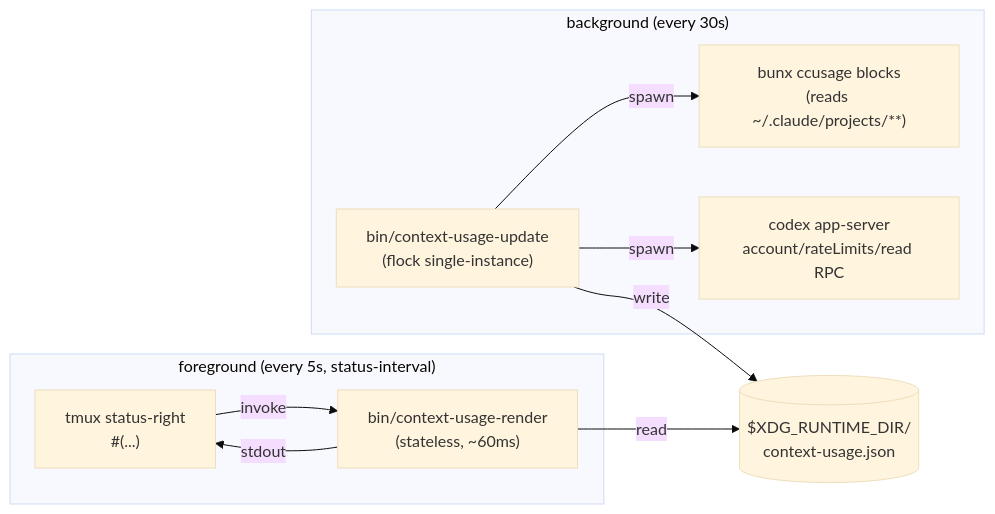
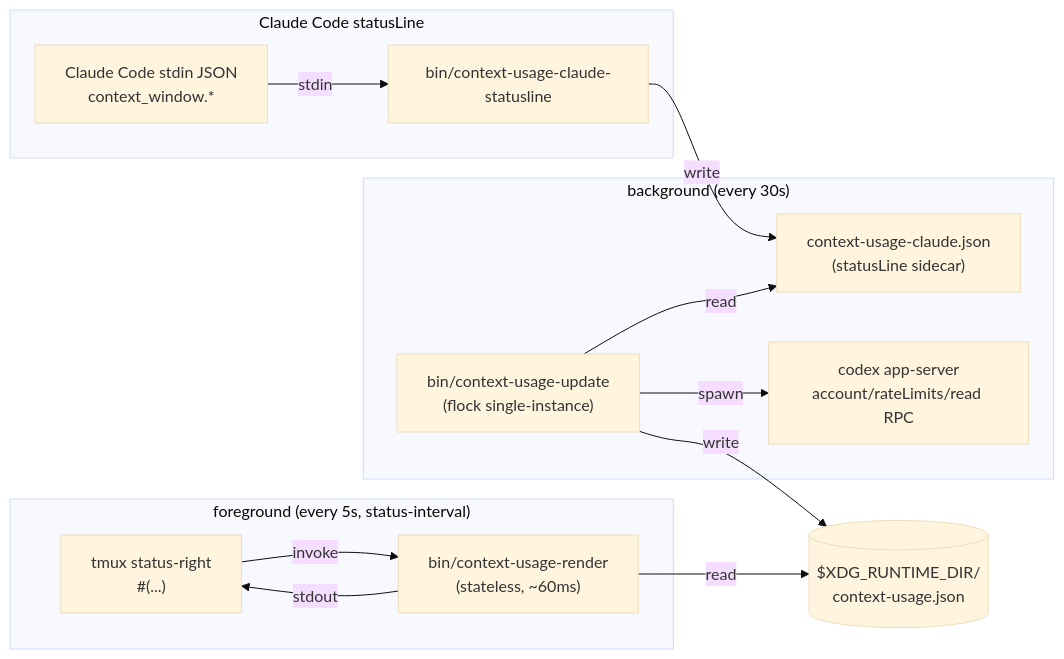
Before and after one commit to bupd/context-usage-tmux: the diagram in docs/architecture.md, drawn with Mermaid (base theme). The commit also changed other lines of this file and 9 other files, not shown here.

Commit message:
fix(claude): use statusline context remaining

````diff
--- a/docs/architecture.md
+++ b/docs/architecture.md
@@ -8,22 +9,29 @@
 ```mermaid
 flowchart LR
     subgraph Background["background (every 30s)"]
         UP["bin/context-usage-update<br/>(flock single-instance)"]
-        CCUSAGE["bunx ccusage blocks<br/>(reads ~/.claude/projects/**)"]
+        CCACHE["context-usage-claude.json<br/>(statusLine sidecar)"]
         CODEX["codex app-server<br/>account/rateLimits/read RPC"]
-        UP -->|spawn| CCUSAGE
+        UP -->|read| CCACHE
         UP -->|spawn| CODEX
+    end
+
+    subgraph Claude["Claude Code statusLine"]
+        SL["bin/context-usage-claude-statusline"]
+        CLAUDE["Claude Code stdin JSON<br/>context_window.*"]
+        CLAUDE -->|stdin| SL
+        SL -->|write| CCACHE
     end
 
     CACHE[("$XDG_RUNTIME_DIR/<br/>context-usage.json")]
 
     subgraph Foreground["foreground (every 5s, status-interval)"]
         TMUX["tmux status-right<br/>#(...)"]
         REN["bin/context-usage-render<br/>(stateless, ~60ms)"]
         TMUX -->|invoke| REN
     end
 
     UP -->|write| CACHE
     REN -->|read| CACHE
     REN -->|stdout| TMUX
 ```
````
